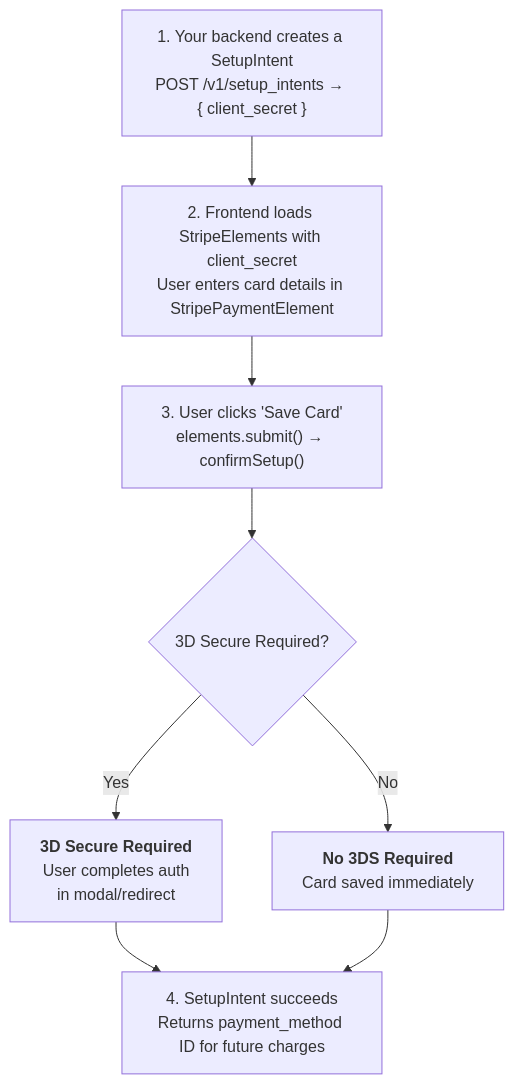
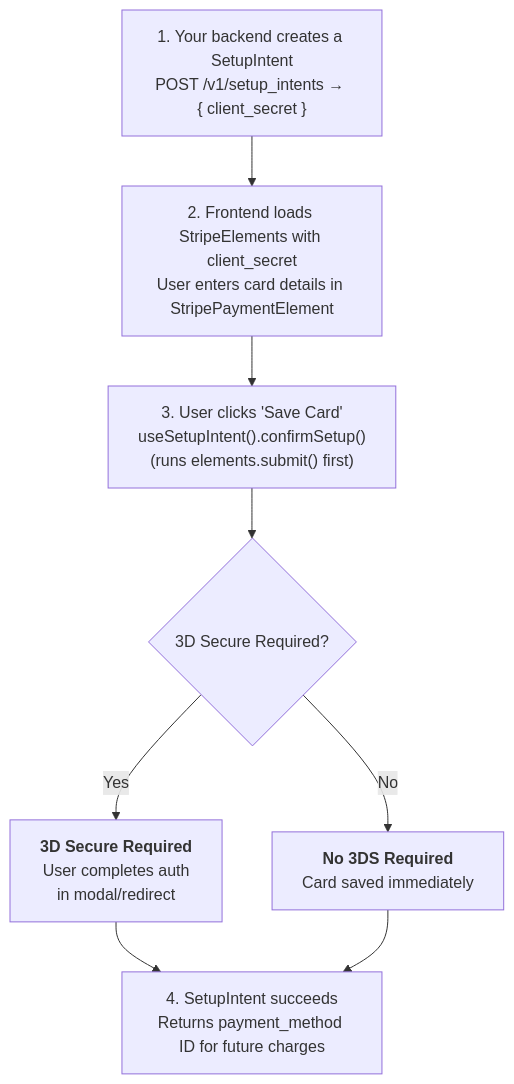
Before and after one commit to vue-stripe/vue-stripe: the first of 3 diagrams in apps/docs/guide/setup-intent.md, drawn with Mermaid. The commit also changed other lines of this file and 24 other files, not shown here.

````diff
--- a/apps/docs/guide/setup-intent.md
+++ b/apps/docs/guide/setup-intent.md
@@ -32,10 +32,10 @@
 ```mermaid
 flowchart TD
     A["1. Your backend creates a SetupIntent<br/>POST /v1/setup_intents → { client_secret }"] --> B["2. Frontend loads StripeElements with client_secret<br/>User enters card details in StripePaymentElement"]
-    B --> C["3. User clicks 'Save Card'<br/>elements.submit() → confirmSetup()"]
+    B --> C["3. User clicks 'Save Card'<br/>useSetupIntent().confirmSetup()<br/>(runs elements.submit() first)"]
     C --> D{3D Secure Required?}
     D -->|Yes| E["<b>3D Secure Required</b><br/>User completes auth<br/>in modal/redirect"]
     D -->|No| F["<b>No 3DS Required</b><br/>Card saved immediately"]
     E --> G["4. SetupIntent succeeds<br/>Returns payment_method ID for future charges"]
     F --> G
 ```
````
